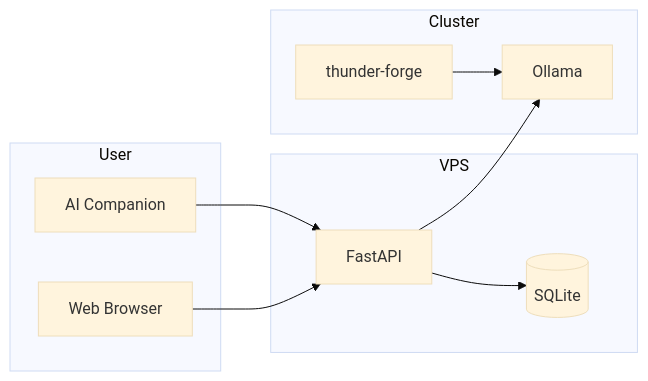
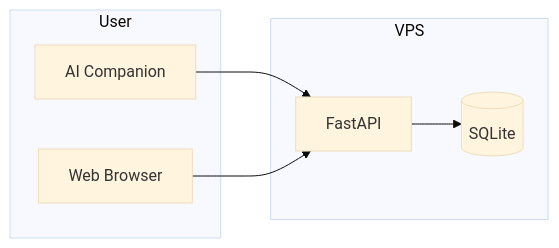
Before and after one commit to shared-goals/prd: the third of 3 diagrams in README.md, drawn with Mermaid (base theme). The commit also changed other lines of this file and 1 other file, not shown here.

````diff
--- a/README.md
+++ b/README.md
@@ -213,23 +209,16 @@
 ```mermaid
 graph LR
     subgraph User
         Agent[AI Companion]
         Browser[Web Browser]
     end
 
     subgraph VPS
         API[FastAPI]
         DB[(SQLite)]
         API --> DB
     end
 
-    subgraph Cluster
-        Ollama[Ollama]
-        Thunder[thunder-forge]
-        Thunder --> Ollama
-    end
-
     Agent --> API
     Browser --> API
-    API --> Ollama
 ```
````
